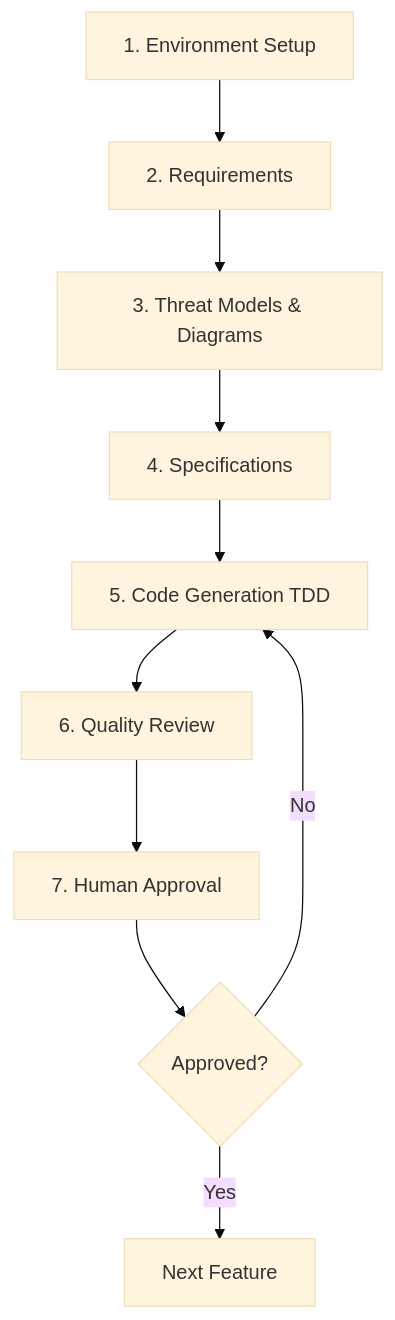
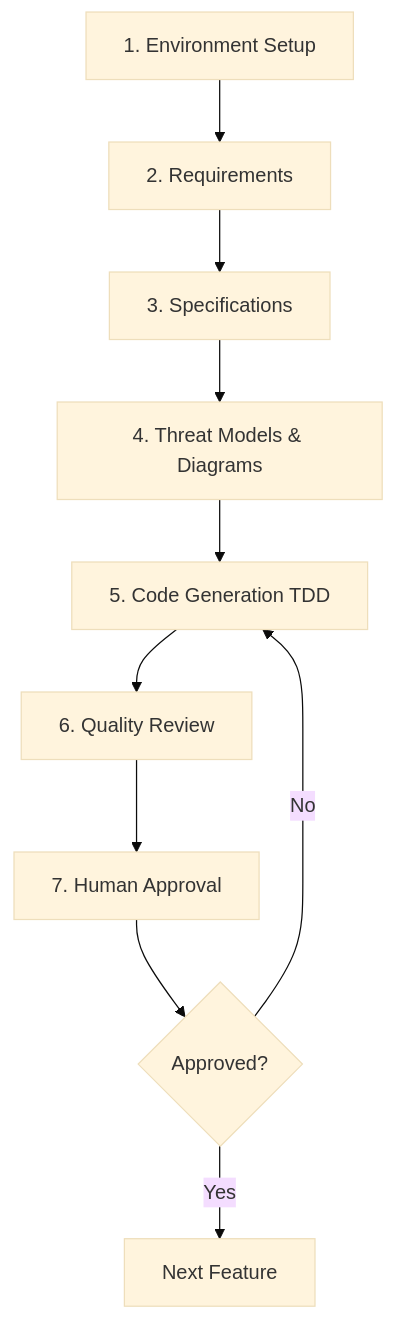
The diagram in .github/instructions/master-workflow.md (ProsperousHeart/repo-template-python), drawn with Mermaid (base theme) before and after one commit. The commit also changed other lines of this file and 6 other files, not shown here.

Commit message:
update diagram expectations and examples

````diff
--- a/.github/instructions/master-workflow.md
+++ b/.github/instructions/master-workflow.md
@@ -9,12 +30,12 @@
 ```mermaid
 graph TD
     A[1. Environment Setup] --> B[2. Requirements]
-    B --> C[3. Threat Models & Diagrams]
-    C --> D[4. Specifications]
+    B --> C[3. Specifications]
+    C --> D[4. Threat Models & Diagrams]
     D --> E[5. Code Generation TDD]
     E --> F[6. Quality Review]
     F --> G[7. Human Approval]
     G --> H{Approved?}
     H -->|Yes| I[Next Feature]
     H -->|No| E
 ```
````
